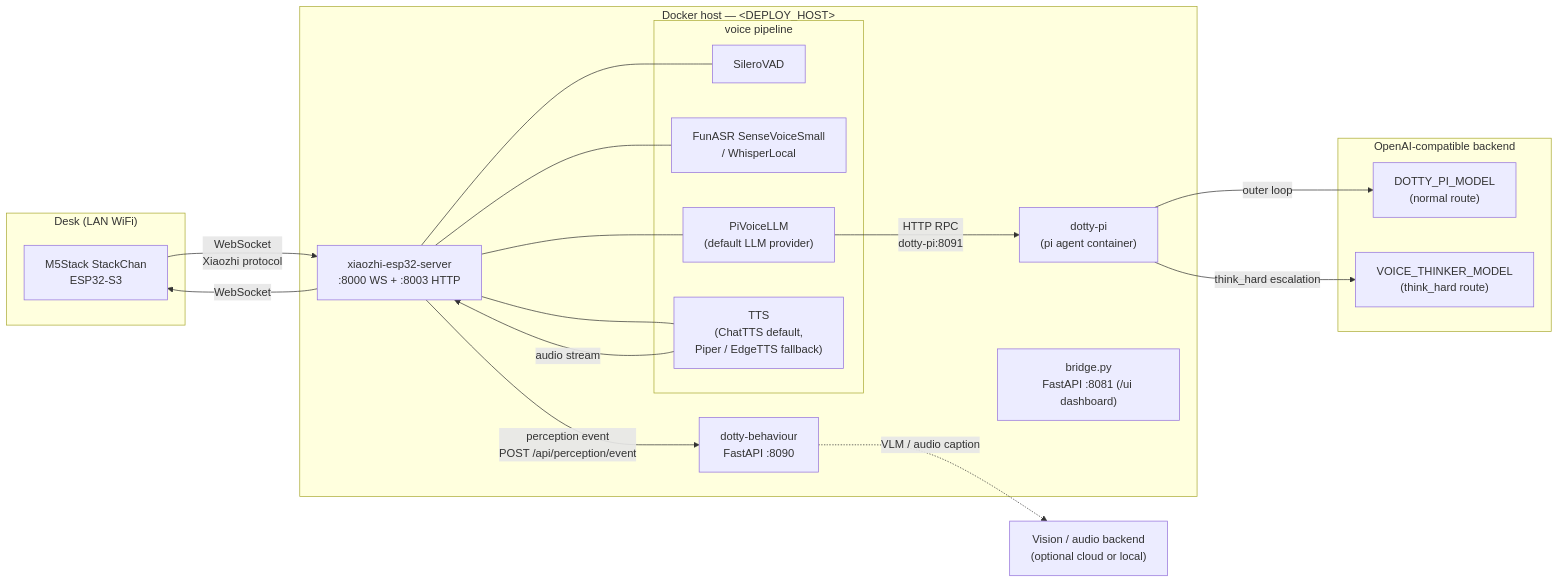
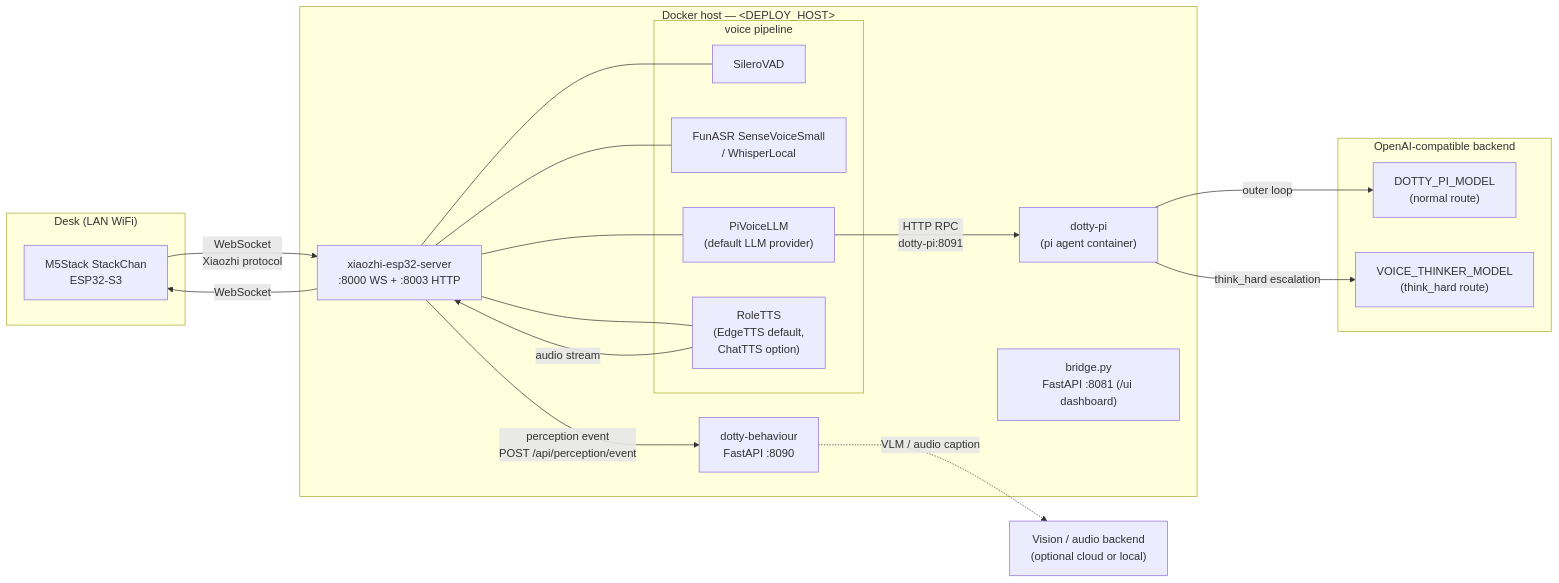
Before and after one commit to alkaid/dotty-stackchan: the first of 4 diagrams in docs/architecture.md, drawn with Mermaid. The commit also changed other lines of this file and 20 other files, not shown here.

````diff
--- a/docs/architecture.md
+++ b/docs/architecture.md
@@ -20,36 +20,36 @@
 ```mermaid
 flowchart LR
     subgraph Desk["Desk (LAN WiFi)"]
         SC["M5Stack StackChan<br/>ESP32-S3"]
     end
 
     subgraph DockerHost["Docker host — &lt;DEPLOY_HOST&gt;"]
         XZ["xiaozhi-esp32-server<br/>:8000 WS + :8003 HTTP"]
         subgraph XZMods["voice pipeline"]
             VAD["SileroVAD"]
             ASR["FunASR SenseVoiceSmall<br/>/ WhisperLocal"]
             PV["PiVoiceLLM<br/>(default LLM provider)"]
-            TTS["TTS<br/>(ChatTTS default,<br/>Piper / EdgeTTS fallback)"]
+            TTS["RoleTTS<br/>(EdgeTTS default,<br/>ChatTTS option)"]
         end
         PI["dotty-pi<br/>(pi agent container)"]
         BH["dotty-behaviour<br/>FastAPI :8090"]
         BR["bridge.py<br/>FastAPI :8081 (/ui dashboard)"]
     end
 
     subgraph Models["OpenAI-compatible backend"]
         SIMPLE["DOTTY_PI_MODEL<br/>(normal route)"]
         THINK["VOICE_THINKER_MODEL<br/>(think_hard route)"]
     end
 
     Cloud["Vision / audio backend<br/>(optional cloud or local)"]
 
     SC -->|"WebSocket<br/>Xiaozhi protocol"| XZ
     XZ --- VAD & ASR & PV & TTS
     PV -->|"HTTP RPC<br/>dotty-pi:8091"| PI
     PI -->|"outer loop"| SIMPLE
     PI -->|"think_hard escalation"| THINK
     XZ -->|"perception event<br/>POST /api/perception/event"| BH
     BH -.->|"VLM / audio caption"| Cloud
     TTS -->|"audio stream"| XZ
     XZ -->|"WebSocket"| SC
 ```
````
